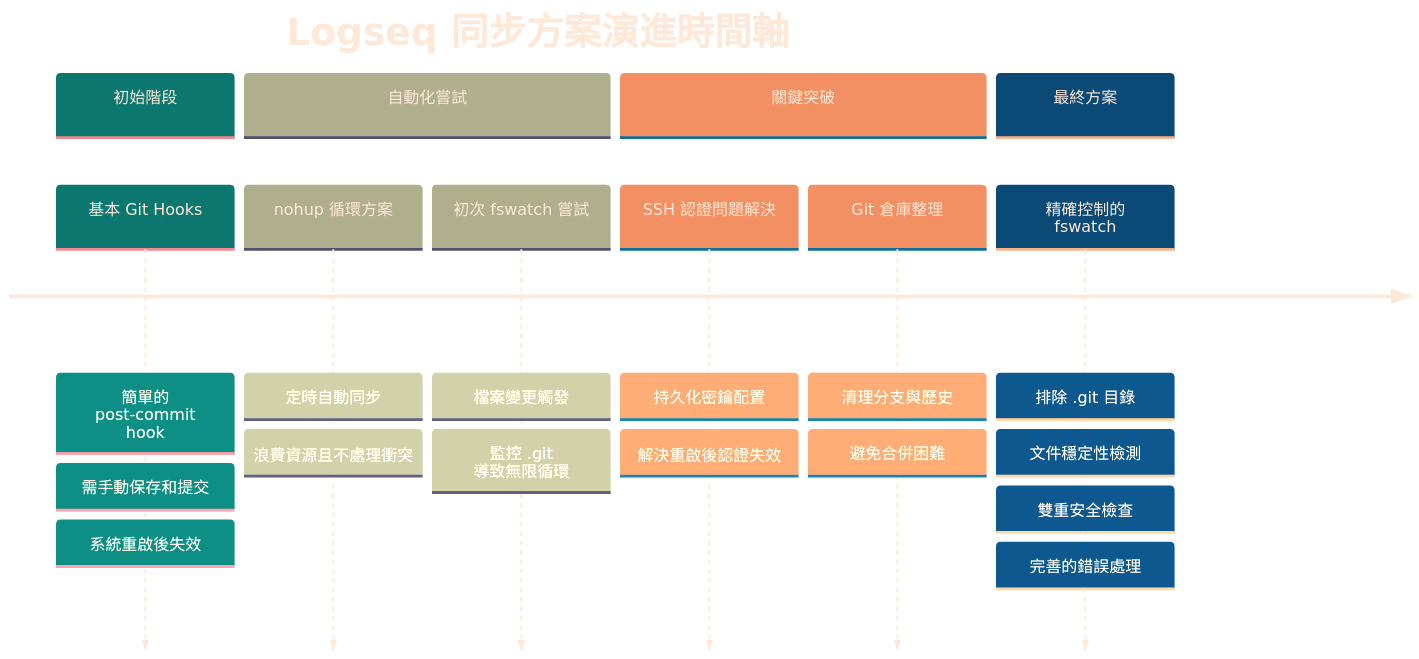
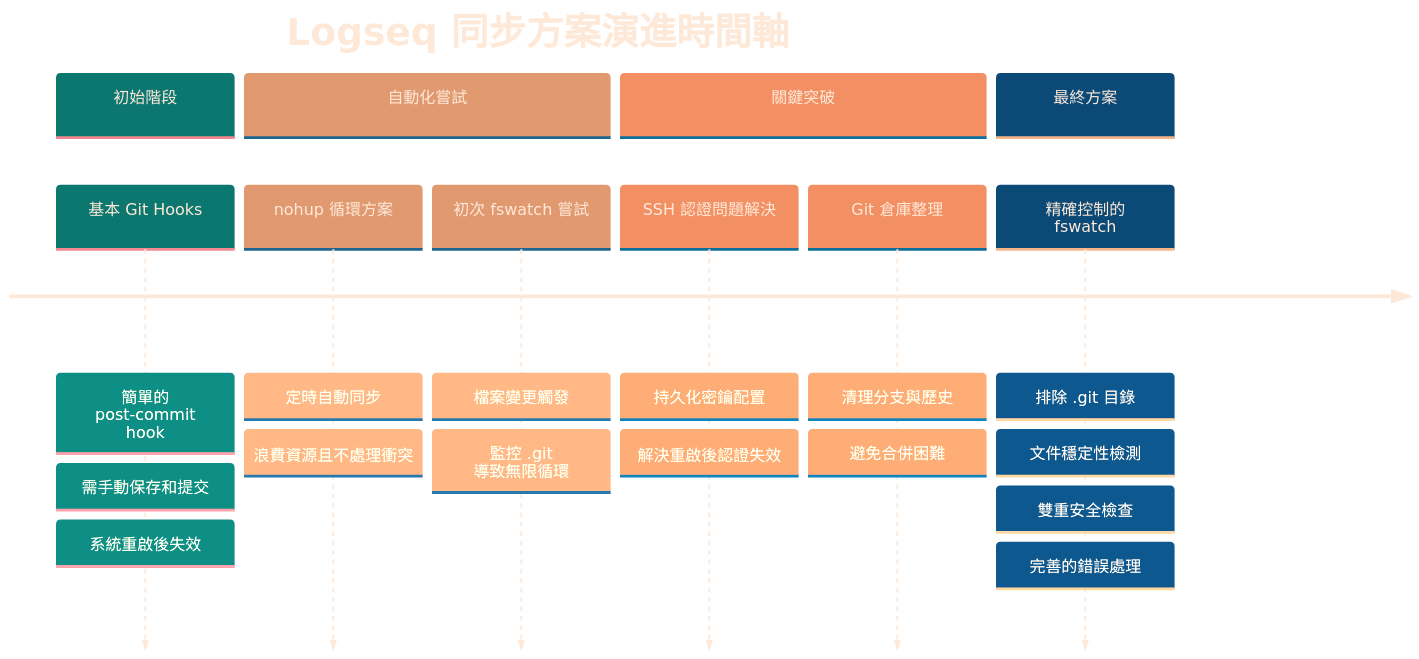
Before and after one commit to GengGeng026/Sync-Logseq: the first of 2 diagrams in Logseq同步方案演進記錄.md, drawn with Mermaid.

Commit message:
Auto saved by Logseq

````diff
--- a/Logseq同步方案演進記錄.md
+++ b/Logseq同步方案演進記錄.md
@@ -24,38 +24,38 @@
 ```mermaid
 %%{init: {
   'theme': 'base', 
   'themeVariables': {
     'primaryTextColor': '#FEE9D9',
     'primaryColor': '#19E9D9',
-    'secondaryColor': '#E4E4D9',
+    'secondaryColor': '#F7E4D9',
     'tertiaryColor': '#FCE4D9',
     'primaryBorderColor': '#A9D9D9',
     'background': 'transparent',
     'clusterBkg': 'transparent',
     'fontFamily': 'default',
     'fontSize': '17px',
     'fontWeight': 'normal'
   }
 }}%%
 timeline
     title Logseq 同步方案演進時間軸
     section 初始階段
         基本 Git Hooks : 簡單的 post-commit hook
         : 需手動保存和提交
         : 系統重啟後失效
     section 自動化嘗試
         nohup 循環方案 : 定時自動同步
         : 浪費資源且不處理衝突
         初次 fswatch 嘗試 : 檔案變更觸發
         : 監控 .git 導致無限循環
     section 關鍵突破
         SSH 認證問題解決 : 持久化密鑰配置
         : 解決重啟後認證失效
         Git 倉庫整理 : 清理分支與歷史
         : 避免合併困難
     section 最終方案
         精確控制的 fswatch : 排除 .git 目錄
         : 文件穩定性檢測
         : 雙重安全檢查
         : 完善的錯誤處理
 ```
````
